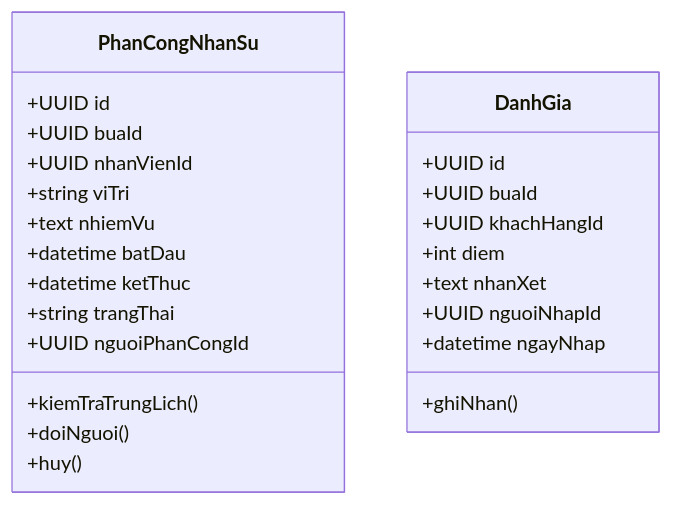
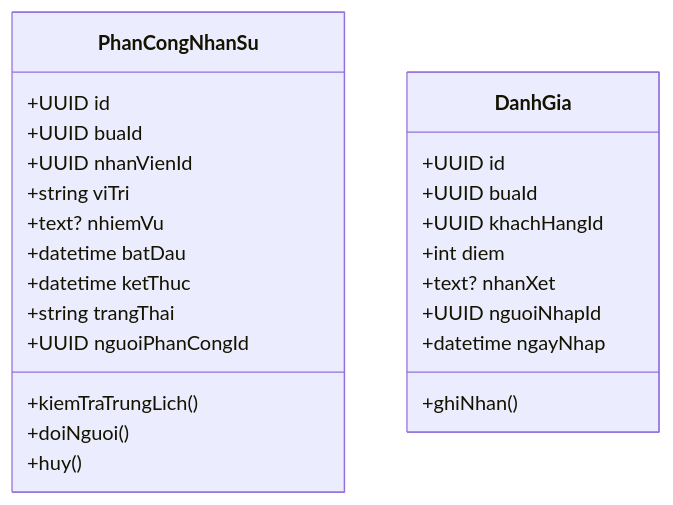
The eighth of 9 diagrams in docs/src/diagrams/class.md (mastercookvn/mastercookvn), drawn with Mermaid before and after one commit. The commit also changed other lines of this file and 19 other files, not shown here.

````diff
--- a/docs/src/diagrams/class.md
+++ b/docs/src/diagrams/class.md
@@ -1004,29 +854,29 @@
 ```mermaid
 classDiagram
     direction TB
     class PhanCongNhanSu {
         +UUID id
         +UUID buaId
         +UUID nhanVienId
         +string viTri
-        +text nhiemVu
+        +text? nhiemVu
         +datetime batDau
         +datetime ketThuc
         +string trangThai
         +UUID nguoiPhanCongId
         +kiemTraTrungLich()
         +doiNguoi()
         +huy()
     }
 
     class DanhGia {
         +UUID id
         +UUID buaId
         +UUID khachHangId
         +int diem
-        +text nhanXet
+        +text? nhanXet
         +UUID nguoiNhapId
         +datetime ngayNhap
         +ghiNhan()
     }
 ```
````
